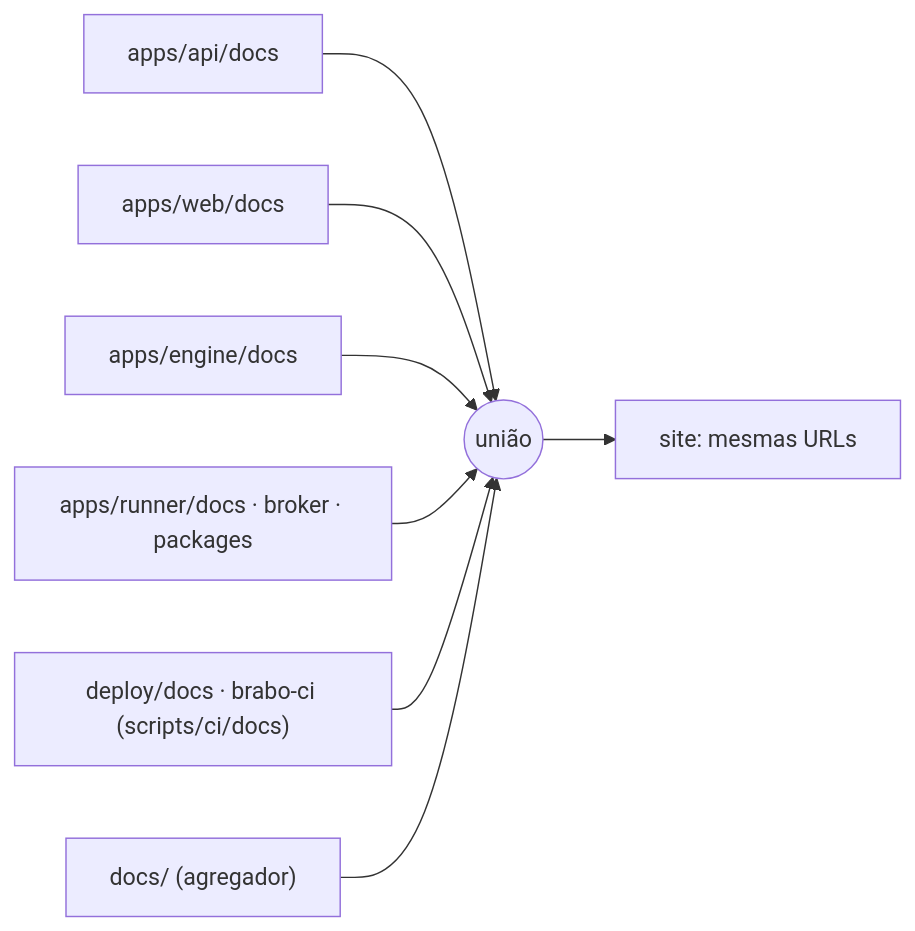
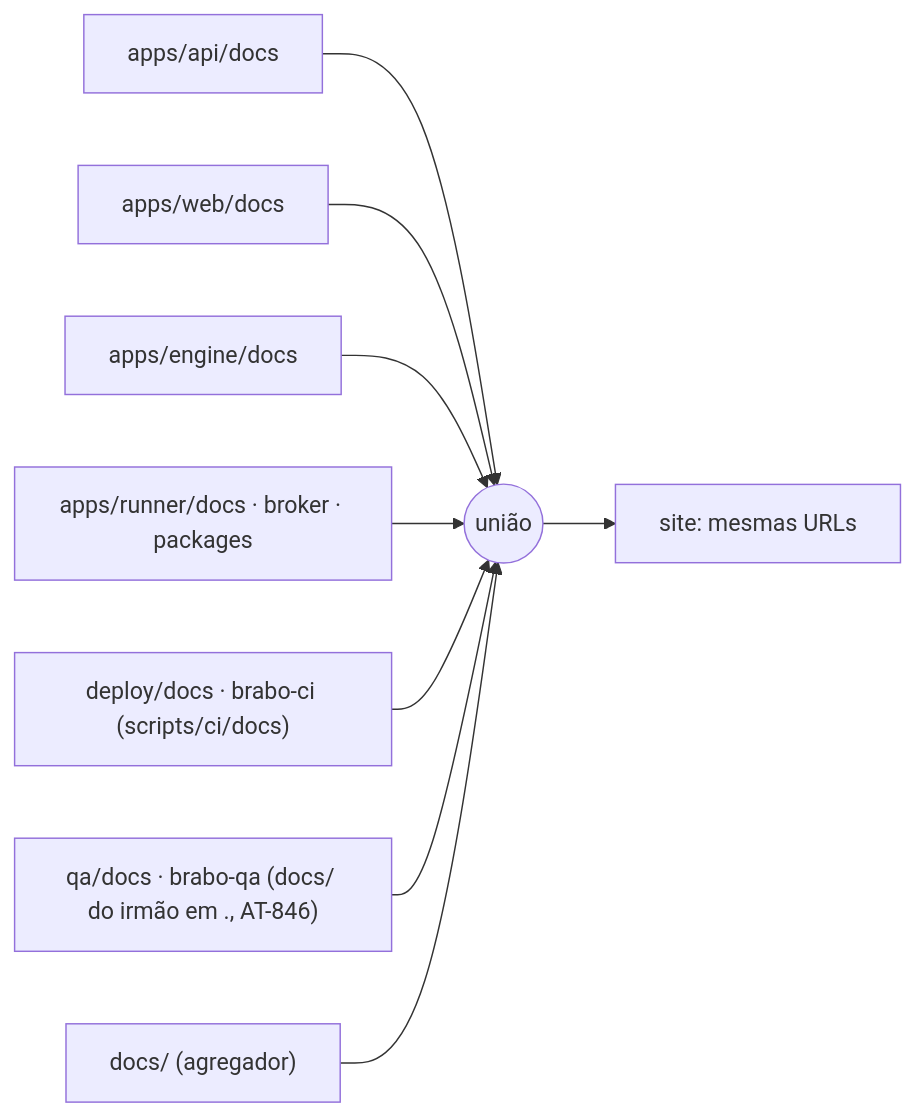
One commit to viralabs-dev/brabo changed the second of 2 diagrams in docs/explanation/documentation-workflow.md. Above: the diagram before and after it, drawn with Mermaid. The commit also changed 9 other files, not shown here.

````diff
--- a/docs/explanation/documentation-workflow.md
+++ b/docs/explanation/documentation-workflow.md
@@ -1059,10 +1059,11 @@
 ```mermaid
 flowchart LR
   A["apps/api/docs"] --> U
   W["apps/web/docs"] --> U
   E["apps/engine/docs"] --> U
   R["apps/runner/docs · broker · packages"] --> U
   I["deploy/docs · brabo-ci (scripts/ci/docs)"] --> U
+  Q["qa/docs · brabo-qa (docs/ do irmão em ., AT-846)"] --> U
   P["docs/ (agregador)"] --> U
   U(("união")) --> S["site: mesmas URLs"]
 ```
````
